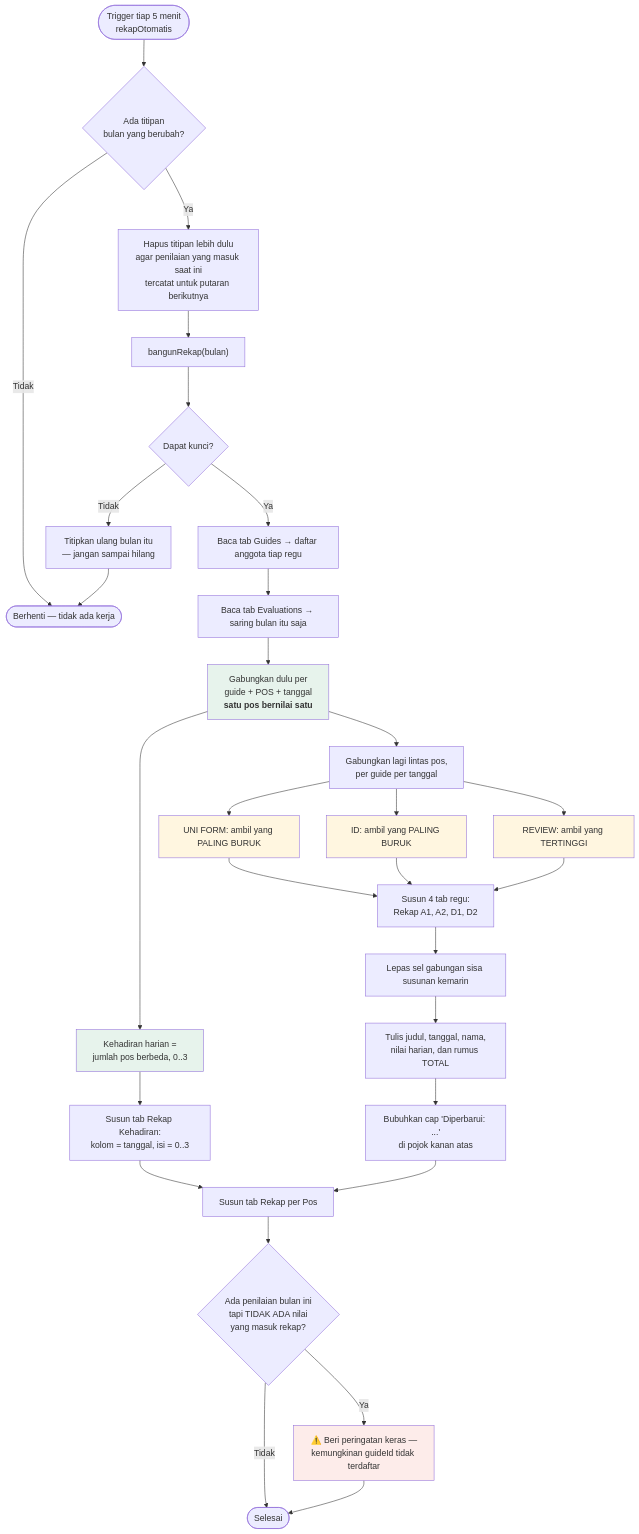
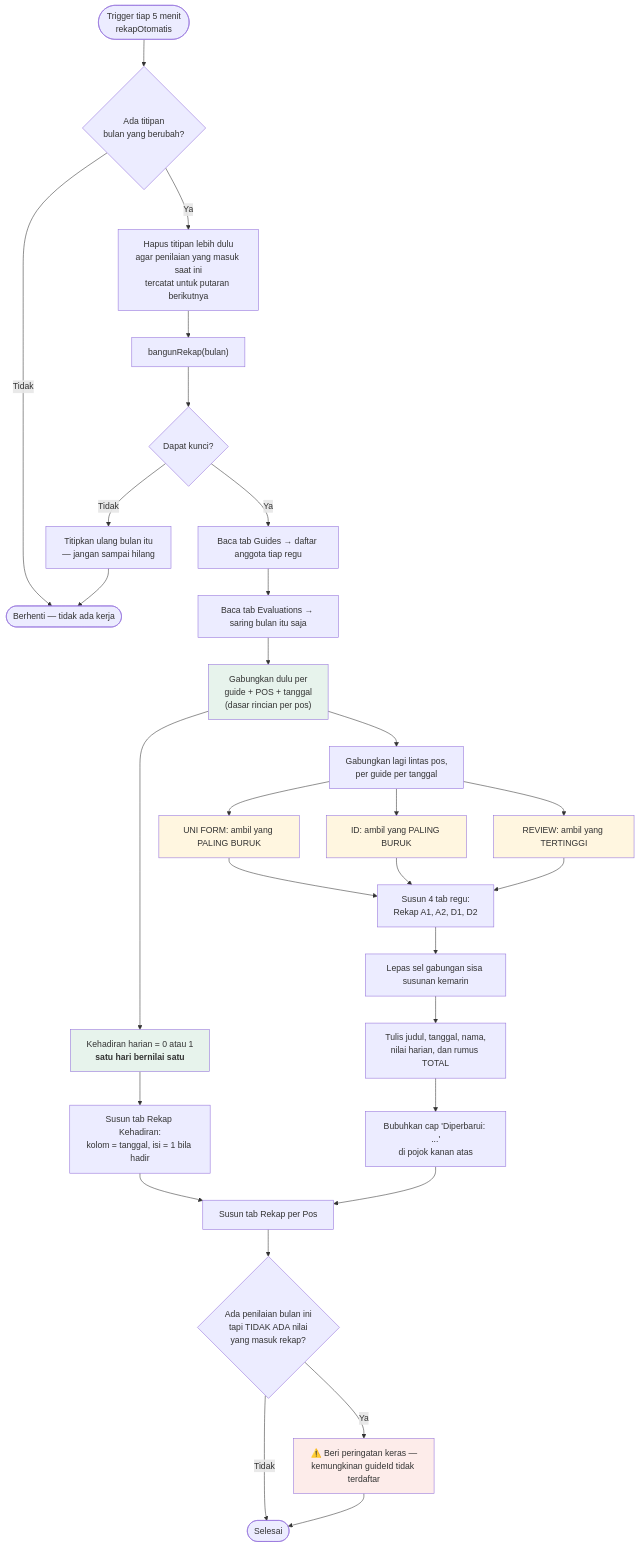
The eighth of 13 diagrams in docs/ALUR-APLIKASI.md (agusgod123/penilaian-guide-besakih), drawn with Mermaid before and after one commit. The commit also changed other lines of this file and 10 other files, not shown here.

First line of the commit message:
feat: kehadiran harian — satu pos bernilai satu

````diff
--- a/docs/ALUR-APLIKASI.md
+++ b/docs/ALUR-APLIKASI.md
@@ -342,42 +342,42 @@
 ```mermaid
 flowchart TD
     A(["Trigger tiap 5 menit<br/>rekapOtomatis"]) --> B{"Ada titipan<br/>bulan yang berubah?"}
     B -->|Tidak| Z(["Berhenti — tidak ada kerja"])
     B -->|Ya| C["Hapus titipan lebih dulu<br/>agar penilaian yang masuk saat ini<br/>tercatat untuk putaran berikutnya"]
     C --> D["bangunRekap(bulan)"]
 
     D --> E{"Dapat kunci?"}
     E -->|Tidak| Y["Titipkan ulang bulan itu<br/>— jangan sampai hilang"]
     Y --> Z
     E -->|Ya| F["Baca tab Guides → daftar anggota tiap regu"]
     F --> G["Baca tab Evaluations → saring bulan itu saja"]
 
-    G --> GA["Gabungkan dulu per<br/>guide + POS + tanggal<br/><b>satu pos bernilai satu</b>"]
+    G --> GA["Gabungkan dulu per<br/>guide + POS + tanggal<br/>(dasar rincian per pos)"]
     GA --> H["Gabungkan lagi lintas pos,<br/>per guide per tanggal"]
-    GA --> GB["Kehadiran harian =<br/>jumlah pos berbeda, 0..3"]
+    GA --> GB["Kehadiran harian = 0 atau 1<br/><b>satu hari bernilai satu</b>"]
     H --> H1["UNI FORM: ambil yang PALING BURUK"]
     H --> H2["ID: ambil yang PALING BURUK"]
     H --> H3["REVIEW: ambil yang TERTINGGI"]
 
     H1 --> I["Susun 4 tab regu:<br/>Rekap A1, A2, D1, D2"]
     H2 --> I
     H3 --> I
-    GB --> IK["Susun tab Rekap Kehadiran:<br/>kolom = tanggal, isi = 0..3"]
+    GB --> IK["Susun tab Rekap Kehadiran:<br/>kolom = tanggal, isi = 1 bila hadir"]
     IK --> M
     I --> J["Lepas sel gabungan sisa susunan kemarin"]
     J --> K["Tulis judul, tanggal, nama,<br/>nilai harian, dan rumus TOTAL"]
     K --> L["Bubuhkan cap 'Diperbarui: ...'<br/>di pojok kanan atas"]
     L --> M["Susun tab Rekap per Pos"]
 
     M --> N{"Ada penilaian bulan ini<br/>tapi TIDAK ADA nilai<br/>yang masuk rekap?"}
     N -->|Ya| O["⚠️ Beri peringatan keras —<br/>kemungkinan guideId tidak terdaftar"]
     N -->|Tidak| P(["Selesai"])
     O --> P
 
     style GA fill:#E7F3EC
     style GB fill:#E7F3EC
     style H1 fill:#FFF6E0
     style H2 fill:#FFF6E0
     style H3 fill:#FFF6E0
     style O fill:#FDECEA
 ```
````
